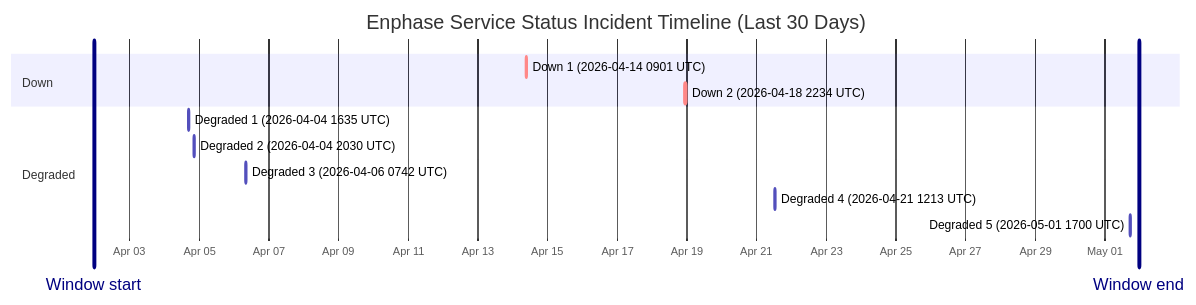
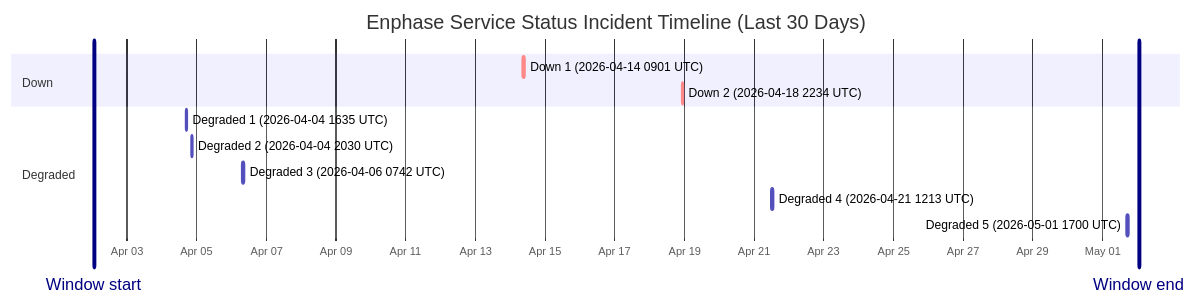
Before and after one commit to barneyonline/ha-enphase-ev-charger: the diagram in wiki/Service-Status-History.md, drawn with Mermaid. The commit also changed other lines of this file and 3 other files, not shown here.

````diff
--- a/wiki/Service-Status-History.md
+++ b/wiki/Service-Status-History.md
@@ -14,17 +14,17 @@
 ```mermaid
 gantt
     title Enphase Service Status Incident Timeline (Last 30 Days)
     dateFormat  YYYY-MM-DDTHH:mm:ss
     axisFormat  %b %d
-    Window start :vert, window-start, 2026-04-01T23:26:16, 0ms
-    Window end :vert, window-end, 2026-05-01T23:26:16, 0ms
+    Window start :vert, window-start, 2026-04-02T01:10:54, 0ms
+    Window end :vert, window-end, 2026-05-02T01:10:54, 0ms
     section Down
     Down 1 (2026-04-14 0901 UTC) :crit, down-1, 2026-04-14T09:01:13, 60m
     Down 2 (2026-04-18 2234 UTC) :crit, down-2, 2026-04-18T22:34:13, 60m
     section Degraded
     Degraded 1 (2026-04-04 1635 UTC) :active, degraded-1, 2026-04-04T16:35:17, 60m
     Degraded 2 (2026-04-04 2030 UTC) :active, degraded-2, 2026-04-04T20:30:40, 60m
     Degraded 3 (2026-04-06 0742 UTC) :active, degraded-3, 2026-04-06T07:42:09, 85m
     Degraded 4 (2026-04-21 1213 UTC) :active, degraded-4, 2026-04-21T12:13:11, 60m
     Degraded 5 (2026-05-01 1700 UTC) :active, degraded-5, 2026-05-01T17:00:22, 60m
 ```
````
